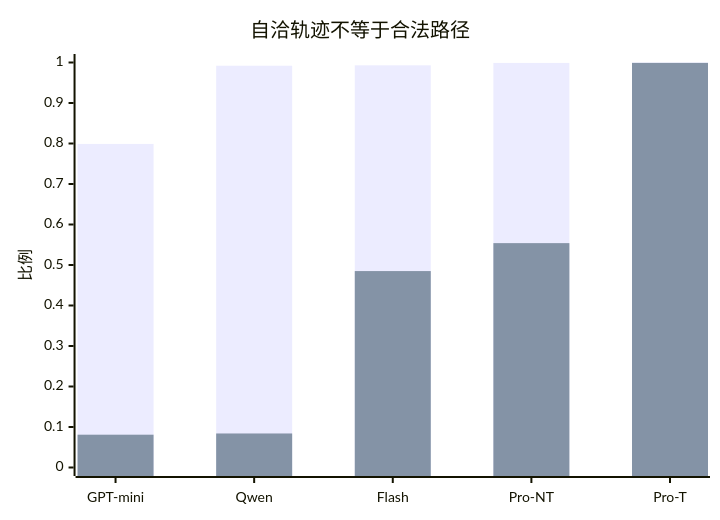
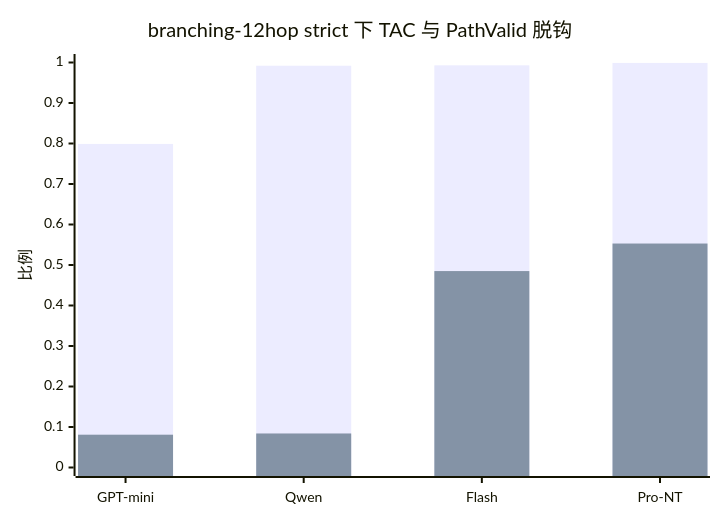
The fourth of 13 diagrams in Graph-Intervention Faithfulness草稿.md (Makal0058/obsidian-), drawn with Mermaid before and after one commit. The commit also changed other lines of this file and 14 other files, not shown here.

````diff
--- a/Graph-Intervention Faithfulness草稿.md
+++ b/Graph-Intervention Faithfulness草稿.md
@@ -1031,8 +1090,8 @@
 ```mermaid
 xychart-beta
-    title "自洽轨迹不等于合法路径"
-    x-axis ["GPT-mini", "Qwen", "Flash", "Pro-NT", "Pro-T"]
+    title "branching-12hop strict 下 TAC 与 PathValid 脱钩"
+    x-axis ["GPT-mini", "Qwen", "Flash", "Pro-NT"]
     y-axis "比例" 0 --> 1
-    bar "TAC" [0.799, 0.992, 0.993, 0.999, 1.000]
-    bar "PathValid" [0.081, 0.084, 0.485, 0.554, 0.999]
+    bar "TAC" [0.799, 0.992, 0.993, 0.999]
+    bar "PathValid" [0.081, 0.084, 0.485, 0.553]
 ```
````
